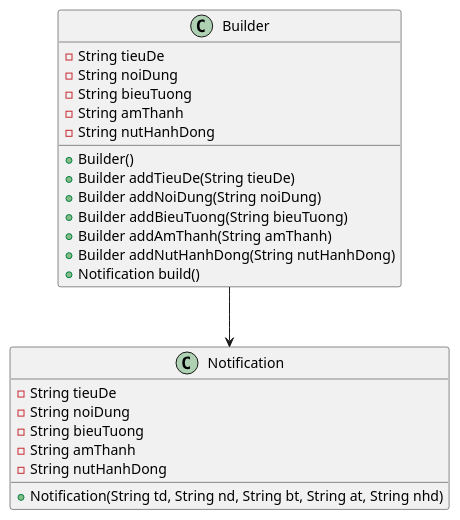
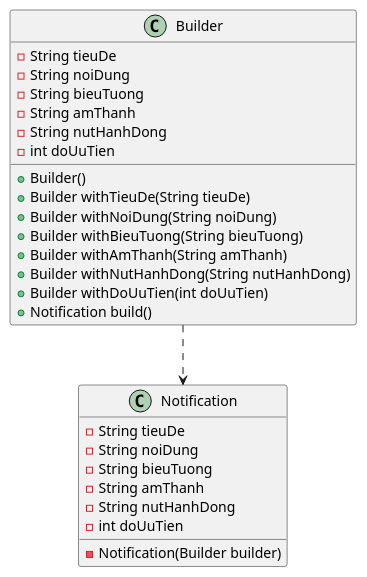
The diagram in src/gk/bai3/bai3.puml (vpthinh19/design-patterns), drawn with PlantUML before and after one commit. The commit also changed 63 other files, not shown here.

```diff
--- a/src/gk/bai3/bai3.puml
+++ b/src/gk/bai3/bai3.puml
@@ -1,27 +1,30 @@
 @startuml
 class Notification{
     - String tieuDe
     - String noiDung
     - String bieuTuong
     - String amThanh
     - String nutHanhDong
-    + Notification(String td, String nd, String bt, String at, String nhd)
+    - int doUuTien
+    - Notification(Builder builder)
 }
 
 class Builder{
     - String tieuDe
     - String noiDung
     - String bieuTuong
     - String amThanh
     - String nutHanhDong
+    - int doUuTien
     + Builder()
-    + Builder addTieuDe(String tieuDe)
-    + Builder addNoiDung(String noiDung)
-    + Builder addBieuTuong(String bieuTuong)
-    + Builder addAmThanh(String amThanh)
-    + Builder addNutHanhDong(String nutHanhDong)
+    + Builder withTieuDe(String tieuDe)
+    + Builder withNoiDung(String noiDung)
+    + Builder withBieuTuong(String bieuTuong)
+    + Builder withAmThanh(String amThanh)
+    + Builder withNutHanhDong(String nutHanhDong)
+    + Builder withDoUuTien(int doUuTien)
     + Notification build()
 }
 
-Builder --> Notification
+Builder ..> Notification
 @enduml
```
